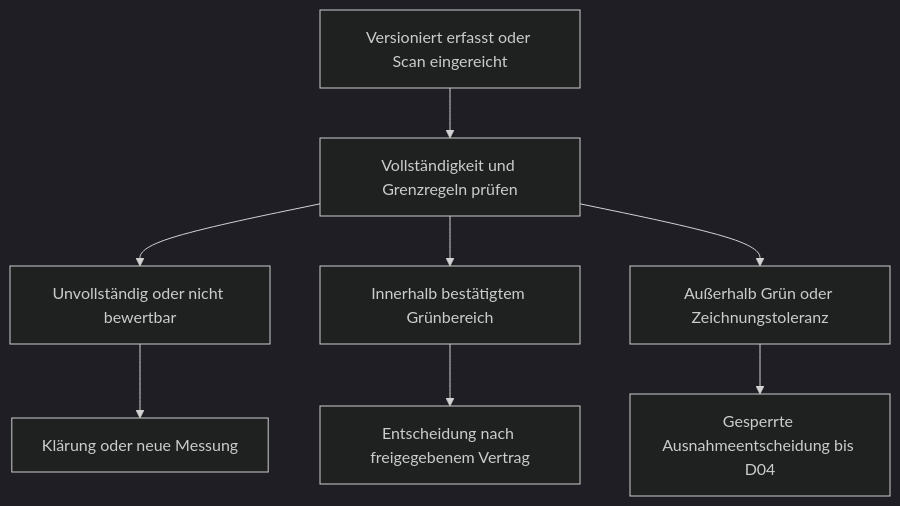
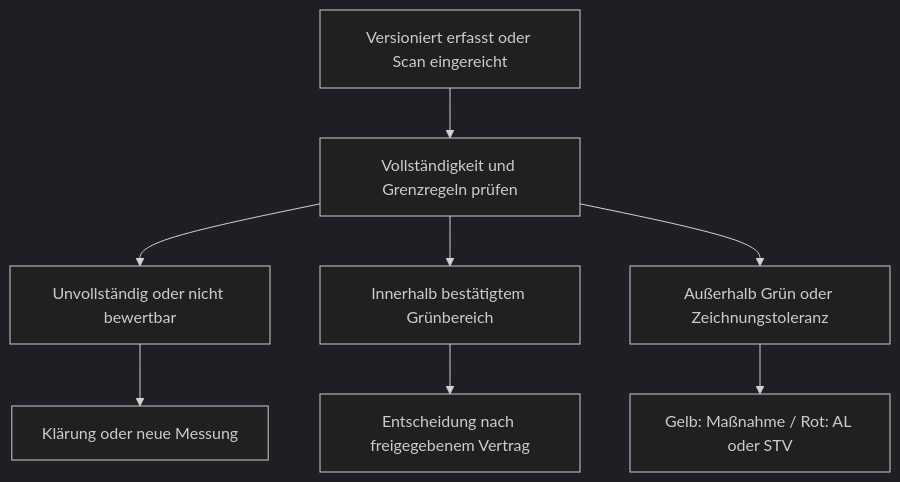
Before and after one commit to butzi124-ship-it/schichtplan-mvp: the diagram in docs/architecture/documents-inspections-permissions.md, drawn with Mermaid (dark theme). The commit also changed other lines of this file and 11 other files, not shown here.

````diff
--- a/docs/architecture/documents-inspections-permissions.md
+++ b/docs/architecture/documents-inspections-permissions.md
@@ -54,10 +56,10 @@
 ```mermaid
 flowchart TD
     A["Versioniert erfasst oder Scan eingereicht"] --> B["Vollständigkeit und Grenzregeln prüfen"]
     B --> C["Unvollständig oder nicht bewertbar"]
     B --> D["Innerhalb bestätigtem Grünbereich"]
     B --> E["Außerhalb Grün oder Zeichnungstoleranz"]
     C --> F["Klärung oder neue Messung"]
     D --> G["Entscheidung nach freigegebenem Vertrag"]
-    E --> H["Gesperrte Ausnahmeentscheidung bis D04"]
+    E --> H["Gelb: Maßnahme / Rot: AL oder STV"]
 ```
````
